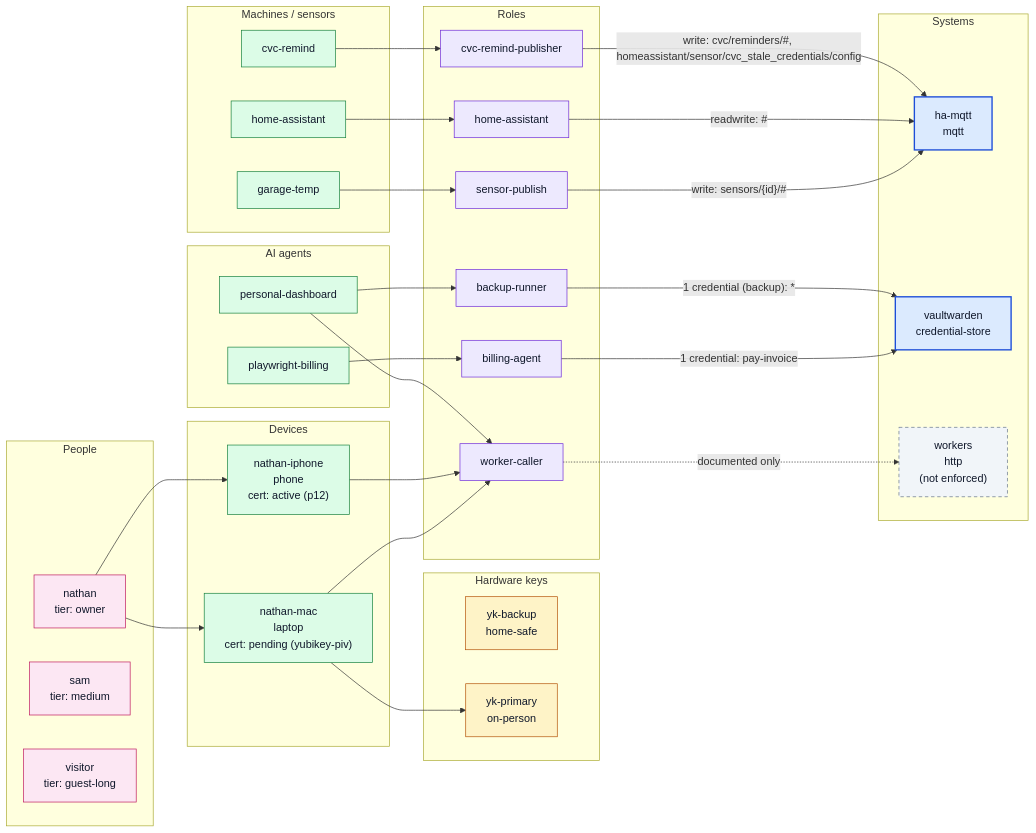
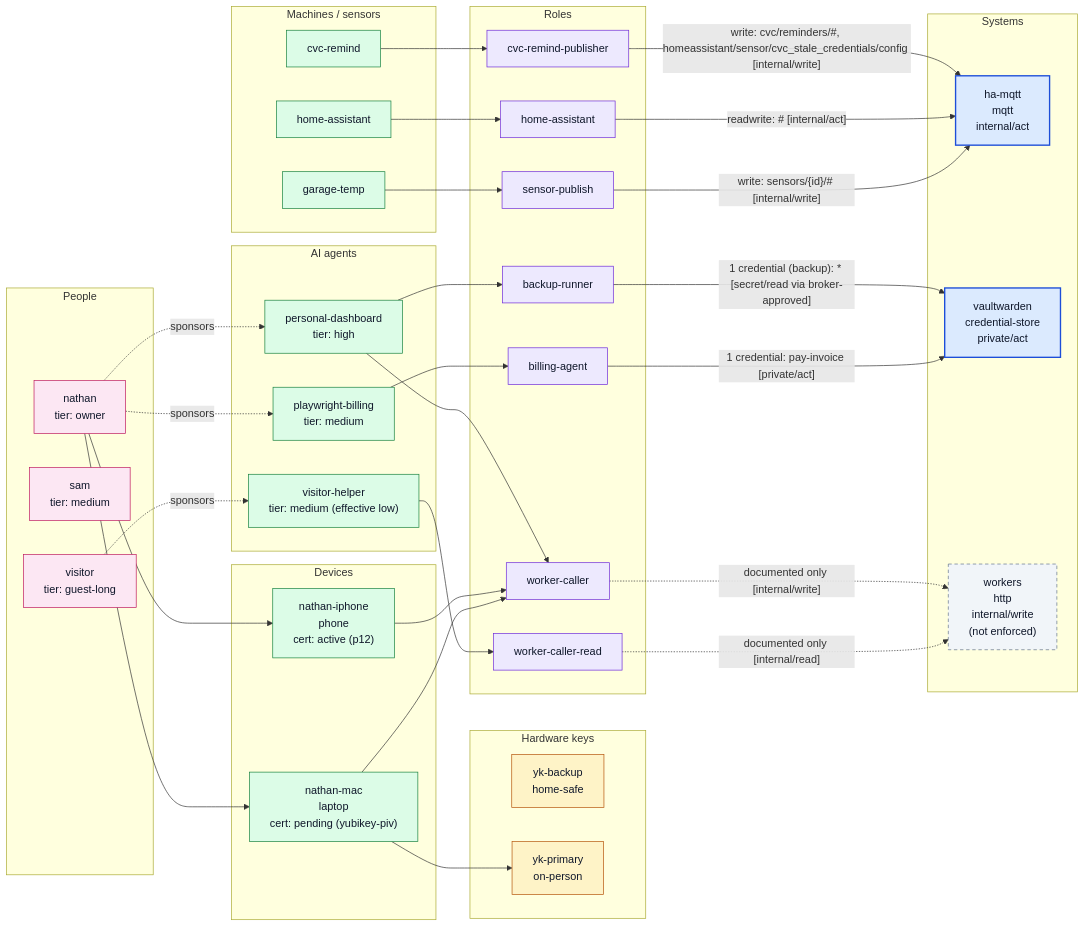
One commit to opusvar/credential_organizer changed the diagram in docs/access-graph.example.md. Above: the diagram before and after it, drawn with Mermaid. The commit also changed other lines of this file and 10 other files, not shown here.

First line of the commit message:
access: implement D16 classification (labels, tier ceilings, sponsors, guests, primary keys)

````diff
--- a/docs/access-graph.example.md
+++ b/docs/access-graph.example.md
@@ -5,70 +5,77 @@
 ```mermaid
 flowchart LR
     subgraph agents["AI agents"]
-        p_personal_dashboard["personal-dashboard"]
-        p_playwright_billing["playwright-billing"]
+        p_personal_dashboard["personal-dashboard<br/>tier: high"]
+        p_playwright_billing["playwright-billing<br/>tier: medium"]
+        p_visitor_helper["visitor-helper<br/>tier: medium (effective low)"]
     end
     subgraph machines["Machines / sensors"]
         p_cvc_remind["cvc-remind"]
         p_garage_temp["garage-temp"]
         p_home_assistant["home-assistant"]
     end
     subgraph people["People"]
         u_nathan["nathan<br/>tier: owner"]
         u_sam["sam<br/>tier: medium"]
         u_visitor["visitor<br/>tier: guest-long"]
     end
     subgraph hwkeys["Hardware keys"]
         k_yk_backup["yk-backup<br/>home-safe"]
         k_yk_primary["yk-primary<br/>on-person"]
     end
     subgraph devices["Devices"]
         p_nathan_iphone["nathan-iphone<br/>phone<br/>cert: active (p12)"]
         p_nathan_mac["nathan-mac<br/>laptop<br/>cert: pending (yubikey-piv)"]
     end
     subgraph roles["Roles"]
         r_backup_runner["backup-runner"]
         r_billing_agent["billing-agent"]
         r_cvc_remind_publisher["cvc-remind-publisher"]
         r_home_assistant["home-assistant"]
         r_sensor_publish["sensor-publish"]
         r_worker_caller["worker-caller"]
+        r_worker_caller_read["worker-caller-read"]
     end
     subgraph systems["Systems"]
-        s_ha_mqtt["ha-mqtt<br/>mqtt"]
-        s_vaultwarden["vaultwarden<br/>credential-store"]
-        s_workers["workers<br/>http<br/>(not enforced)"]
+        s_ha_mqtt["ha-mqtt<br/>mqtt<br/>internal/act"]
+        s_vaultwarden["vaultwarden<br/>credential-store<br/>private/act"]
+        s_workers["workers<br/>http<br/>internal/write<br/>(not enforced)"]
     end
     u_nathan --> p_nathan_iphone
     u_nathan --> p_nathan_mac
     p_nathan_mac --> k_yk_primary
+    u_nathan -.->|"sponsors"| p_personal_dashboard
+    u_nathan -.->|"sponsors"| p_playwright_billing
+    u_visitor -.->|"sponsors"| p_visitor_helper
     p_personal_dashboard --> r_backup_runner
     p_personal_dashboard --> r_worker_caller
     p_playwright_billing --> r_billing_agent
+    p_visitor_helper --> r_worker_caller_read
     p_cvc_remind --> r_cvc_remind_publisher
     p_garage_temp --> r_sensor_publish
     p_home_assistant --> r_home_assistant
     p_nathan_iphone --> r_worker_caller
     p_nathan_mac --> r_worker_caller
-    r_backup_runner -->|"1 credential #40;backup#41;: *"| s_vaultwarden
-    r_billing_agent -->|"1 credential: pay-invoice"| s_vaultwarden
-    r_cvc_remind_publisher -->|"write: cvc/reminders/#35;, homeassistant/sensor/cvc_stale_credentials/config"| s_ha_mqtt
-    r_home_assistant -->|"readwrite: #35;"| s_ha_mqtt
-    r_sensor_publish -->|"write: sensors/#123;id#125;/#35;"| s_ha_mqtt
-    r_worker_caller -.->|"documented only"| s_workers
+    r_backup_runner -->|"1 credential #40;backup#41;: * #91;secret/read via broker-approved#93;"| s_vaultwarden
+    r_billing_agent -->|"1 credential: pay-invoice #91;private/act#93;"| s_vaultwarden
+    r_cvc_remind_publisher -->|"write: cvc/reminders/#35;, homeassistant/sensor/cvc_stale_credentials/config #91;internal/write#93;"| s_ha_mqtt
+    r_home_assistant -->|"readwrite: #35; #91;internal/act#93;"| s_ha_mqtt
+    r_sensor_publish -->|"write: sensors/#123;id#125;/#35; #91;internal/write#93;"| s_ha_mqtt
+    r_worker_caller -.->|"documented only #91;internal/write#93;"| s_workers
+    r_worker_caller_read -.->|"documented only #91;internal/read#93;"| s_workers
     classDef enforced fill:#dbeafe,stroke:#1d4ed8,color:#0f172a,stroke-width:2px
     classDef unenforced fill:#f1f5f9,stroke:#64748b,color:#0f172a,stroke-dasharray:5 4
     classDef role fill:#ede9fe,stroke:#6d28d9,color:#0f172a
     classDef orphan fill:#fef9c3,stroke:#a16207,color:#0f172a,stroke-dasharray:2 3
     classDef principal fill:#dcfce7,stroke:#15803d,color:#0f172a
     classDef expired fill:#e5e7eb,stroke:#9ca3af,color:#6b7280,stroke-dasharray:3 3
     classDef person fill:#fce7f3,stroke:#be185d,color:#0f172a
     classDef hwkey fill:#fef3c7,stroke:#b45309,color:#0f172a
     classDef soon fill:#fed7aa,stroke:#c2410c,color:#0f172a,stroke-width:2px
     class s_ha_mqtt,s_vaultwarden enforced
     class k_yk_backup,k_yk_primary hwkey
     class u_nathan,u_sam,u_visitor person
-    class p_personal_dashboard,p_playwright_billing,p_cvc_remind,p_garage_temp,p_home_assistant,p_nathan_iphone,p_nathan_mac principal
-    class r_backup_runner,r_billing_agent,r_cvc_remind_publisher,r_home_assistant,r_sensor_publish,r_worker_caller role
+    class p_personal_dashboard,p_playwright_billing,p_visitor_helper,p_cvc_remind,p_garage_temp,p_home_assistant,p_nathan_iphone,p_nathan_mac principal
+    class r_backup_runner,r_billing_agent,r_cvc_remind_publisher,r_home_assistant,r_sensor_publish,r_worker_caller,r_worker_caller_read role
     class s_workers unenforced
 ```
````
